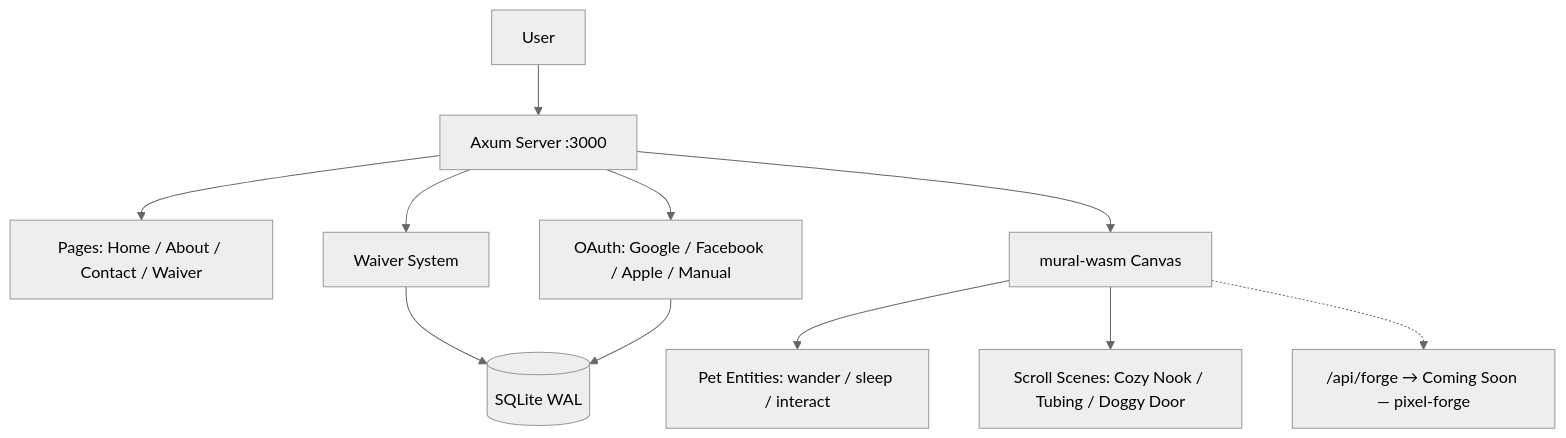
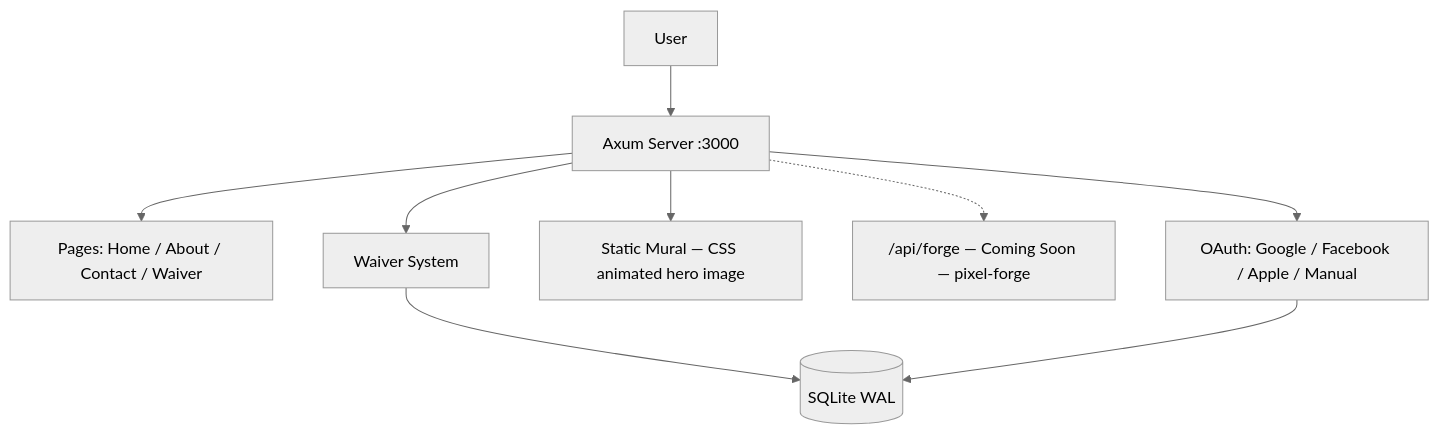
Before and after one commit to cochranblock/oakilydokily: the diagram in PROOF_OF_ARTIFACTS.md, drawn with Mermaid (neutral theme). The commit also changed other lines of this file and 12 other files, not shown here.

````diff
--- a/PROOF_OF_ARTIFACTS.md
+++ b/PROOF_OF_ARTIFACTS.md
@@ -11,13 +11,11 @@
 ```mermaid
 flowchart TD
     User[User] --> Axum[Axum Server :3000]
     Axum --> Pages[Pages: Home / About / Contact / Waiver]
     Axum --> Auth[OAuth: Google / Facebook / Apple / Manual]
-    Axum --> WASM[mural-wasm Canvas]
-    WASM --> Pets[Pet Entities: wander / sleep / interact]
-    WASM --> Scenes[Scroll Scenes: Cozy Nook / Tubing / Doggy Door]
-    WASM -.-> Forge["/api/forge → Coming Soon — pixel-forge"]
+    Axum --> Mural[Static Mural — CSS animated hero image]
+    Axum -.-> Forge["/api/forge — Coming Soon — pixel-forge"]
     Axum --> Waiver[Waiver System]
     Waiver --> SQLite[(SQLite WAL)]
     Auth --> SQLite
 ```
````
